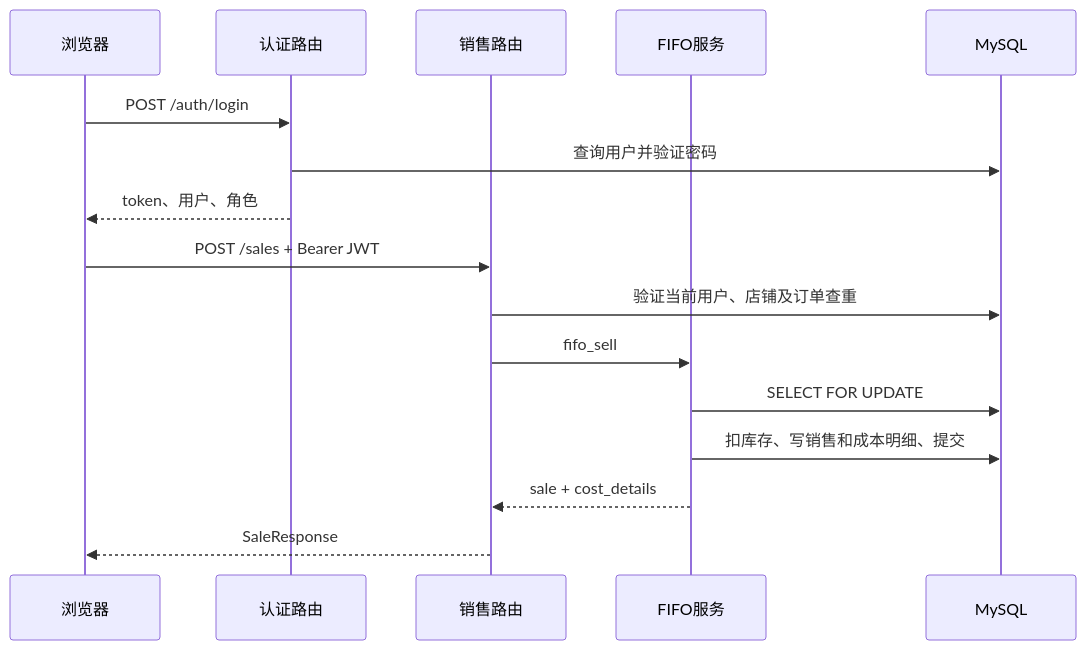
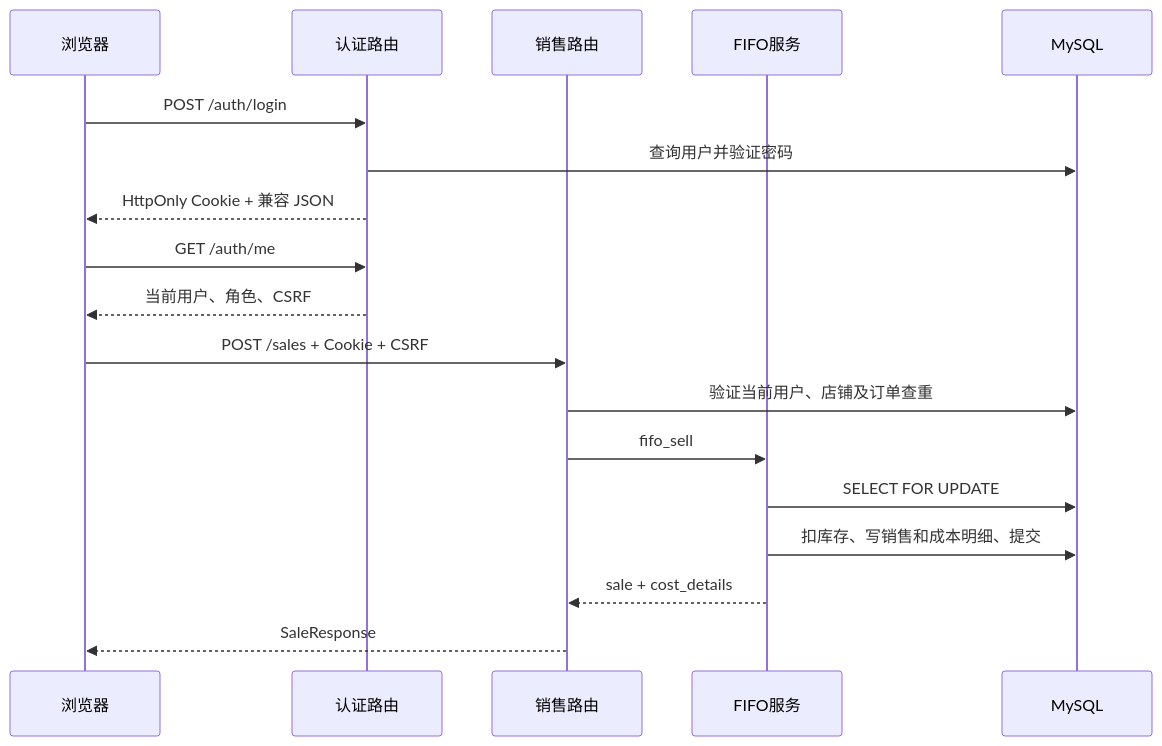
The diagram in docs/knowledge/api-overview.md (yueweiit/FastAPIProject), drawn with Mermaid before and after one commit. The commit also changed other lines of this file and 19 other files, not shown here.

````diff
--- a/docs/knowledge/api-overview.md
+++ b/docs/knowledge/api-overview.md
@@ -31,18 +31,20 @@
 ```mermaid
 sequenceDiagram
     participant B as 浏览器
     participant A as 认证路由
     participant R as 销售路由
     participant F as FIFO服务
     participant D as MySQL
     B->>A: POST /auth/login
     A->>D: 查询用户并验证密码
-    A-->>B: token、用户、角色
-    B->>R: POST /sales + Bearer JWT
+    A-->>B: HttpOnly Cookie + 兼容 JSON
+    B->>A: GET /auth/me
+    A-->>B: 当前用户、角色、CSRF
+    B->>R: POST /sales + Cookie + CSRF
     R->>D: 验证当前用户、店铺及订单查重
     R->>F: fifo_sell
     F->>D: SELECT FOR UPDATE
     F->>D: 扣库存、写销售和成本明细、提交
     F-->>R: sale + cost_details
     R-->>B: SaleResponse
 ```
````
